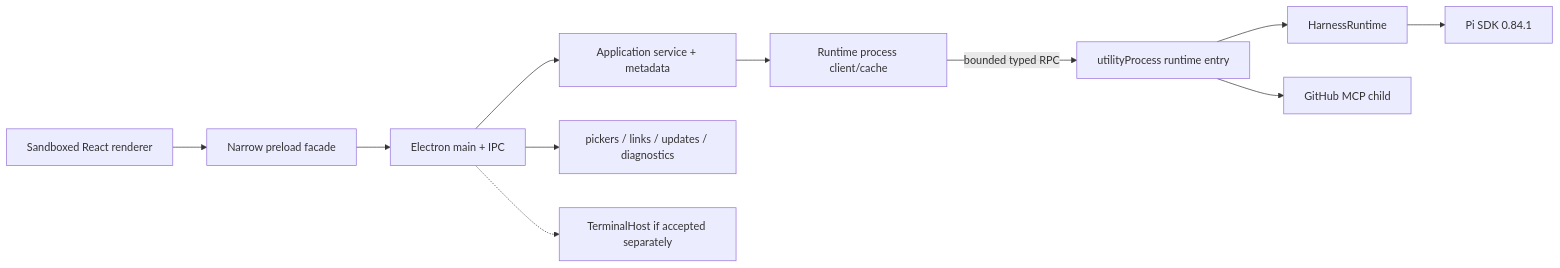
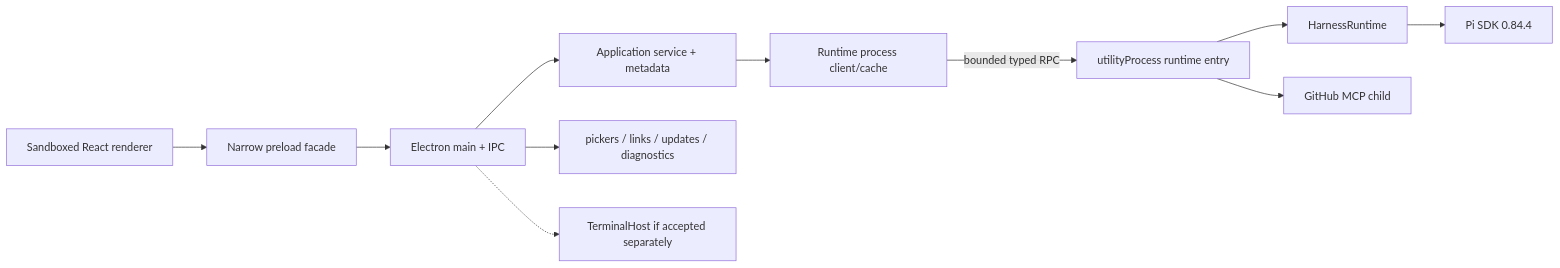
One commit to vietfood/pho-code changed the diagram in docs/version/v4/implementation-plan.md. Above: the diagram before and after it, drawn with Mermaid. The commit also changed other lines of this file and 37 other files, not shown here.

````diff
--- a/docs/version/v4/implementation-plan.md
+++ b/docs/version/v4/implementation-plan.md
@@ -91,13 +91,13 @@
 ```mermaid
 flowchart LR
     UI["Sandboxed React renderer"] --> Preload["Narrow preload facade"]
     Preload --> Main["Electron main + IPC"]
     Main --> App["Application service + metadata"]
     App --> Client["Runtime process client/cache"]
     Client -->|"bounded typed RPC"| Child["utilityProcess runtime entry"]
     Child --> Runtime["HarnessRuntime"]
-    Runtime --> Pi["Pi SDK 0.84.1"]
+    Runtime --> Pi["Pi SDK 0.84.4"]
     Child --> MCP["GitHub MCP child"]
     Main --> Native["pickers / links / updates / diagnostics"]
     Main -.-> PTY["TerminalHost if accepted separately"]
 ```
````
